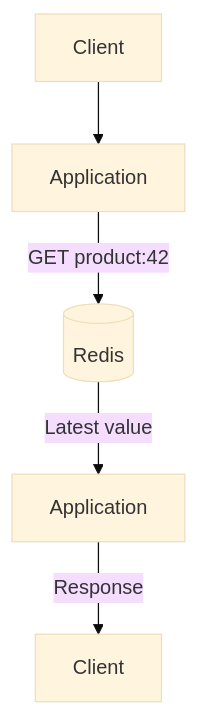
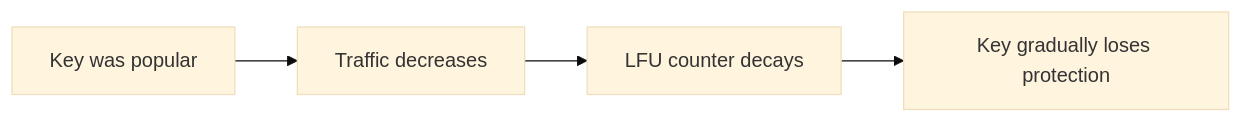
The sixth of 9 diagrams in src/content/caching/cache-strategies.md (AvadhBhalodiya/Interview-Preparation), drawn with Mermaid (base theme) before and after one commit. The commit also changed other lines of this file and 54 other files, not shown here.

````diff
--- a/src/content/caching/cache-strategies.md
+++ b/src/content/caching/cache-strategies.md
@@ -504,7 +441,6 @@
 ```mermaid
-flowchart TD
-    C[Client] --> A[Application]
-    A -->|"GET product:42"| R[(Redis)]
-    R -->|Latest value| A2[Application]
-    A2 -->|Response| C2[Client]
+flowchart LR
+    A[Key was popular] --> B[Traffic decreases]
+    B --> C[LFU counter decays]
+    C --> D[Key gradually loses protection]
 ```
````
